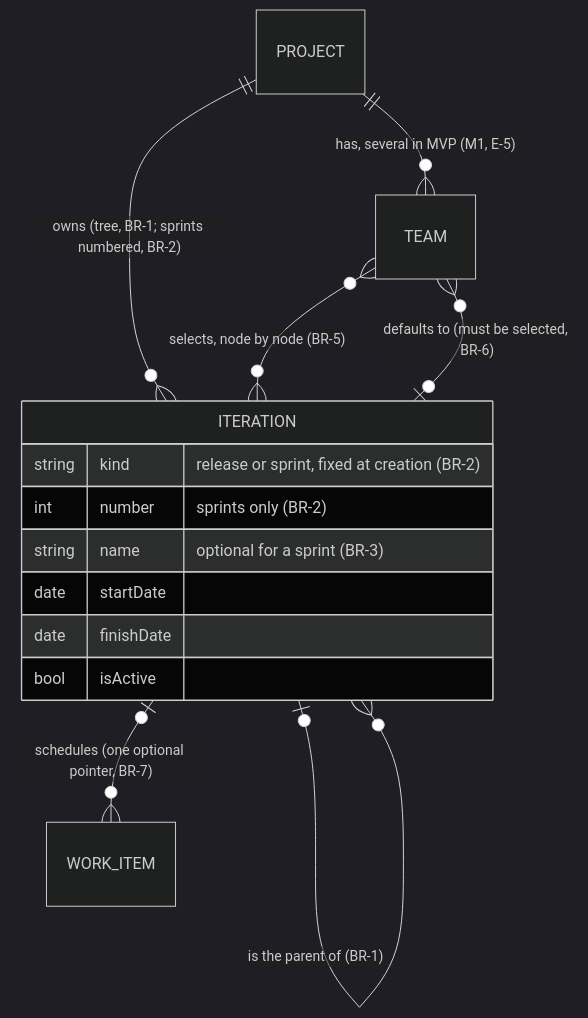
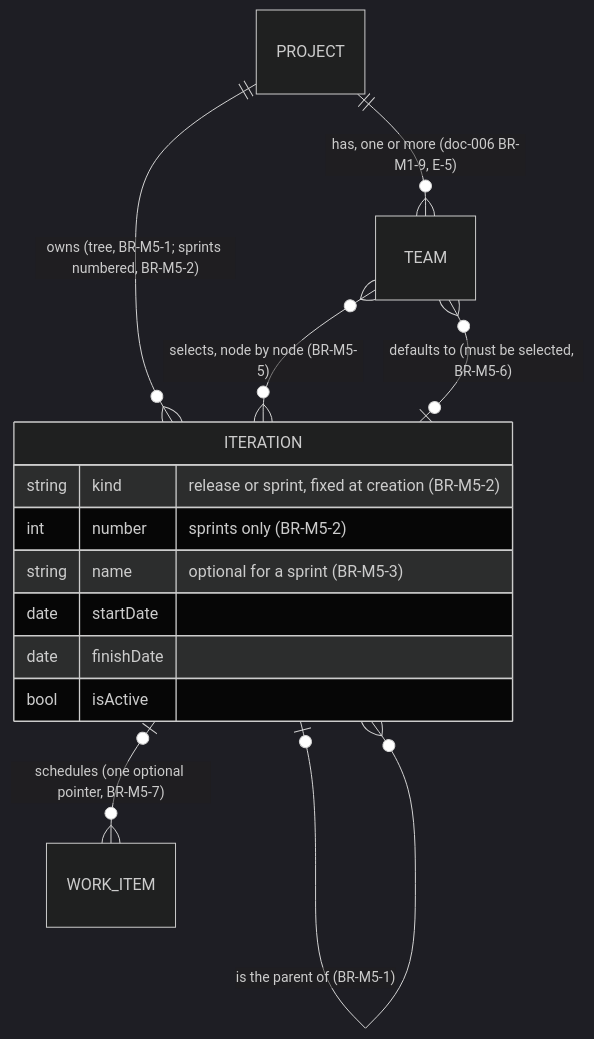
The first of 2 diagrams in docs/features/doc-004-iterations-planning/spec.md (totKtoXam/mustask), drawn with Mermaid (dark theme) before and after one commit. The commit also changed other lines of this file and 89 other files, not shown here.

````diff
--- a/docs/features/doc-004-iterations-planning/spec.md
+++ b/docs/features/doc-004-iterations-planning/spec.md
@@ -67,17 +70,17 @@
 ```mermaid
 erDiagram
     ITERATION {
-        string kind "release or sprint, fixed at creation (BR-2)"
-        int number "sprints only (BR-2)"
-        string name "optional for a sprint (BR-3)"
+        string kind "release or sprint, fixed at creation (BR-M5-2)"
+        int number "sprints only (BR-M5-2)"
+        string name "optional for a sprint (BR-M5-3)"
         date startDate
         date finishDate
         bool isActive
     }
-    PROJECT ||--o{ ITERATION : "owns (tree, BR-1; sprints numbered, BR-2)"
-    ITERATION |o--o{ ITERATION : "is the parent of (BR-1)"
-    TEAM }o--o{ ITERATION : "selects, node by node (BR-5)"
-    TEAM }o--o| ITERATION : "defaults to (must be selected, BR-6)"
-    ITERATION |o--o{ WORK_ITEM : "schedules (one optional pointer, BR-7)"
-    PROJECT ||--o{ TEAM : "has, several in MVP (M1, E-5)"
+    PROJECT ||--o{ ITERATION : "owns (tree, BR-M5-1; sprints numbered, BR-M5-2)"
+    ITERATION |o--o{ ITERATION : "is the parent of (BR-M5-1)"
+    TEAM }o--o{ ITERATION : "selects, node by node (BR-M5-5)"
+    TEAM }o--o| ITERATION : "defaults to (must be selected, BR-M5-6)"
+    ITERATION |o--o{ WORK_ITEM : "schedules (one optional pointer, BR-M5-7)"
+    PROJECT ||--o{ TEAM : "has, one or more (doc-006 BR-M1-9, E-5)"
 ```
````
